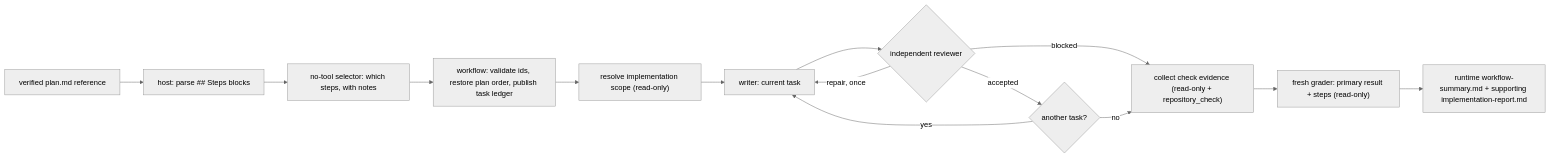
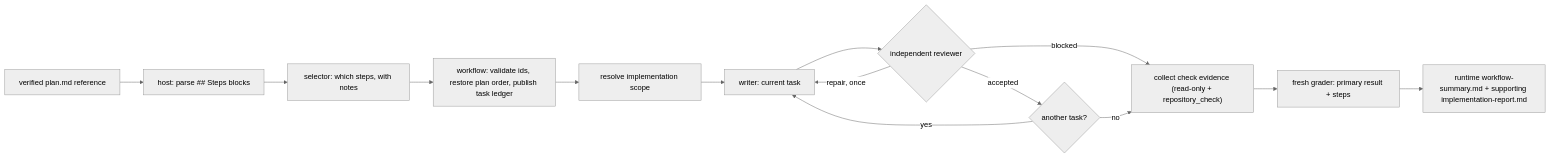
The second of 2 diagrams in extensions/workflows/examples/plan/README.md (kroffske/locus-pi), drawn with Mermaid (neutral theme) before and after one commit. The commit also changed other lines of this file and 35 other files, not shown here.

````diff
--- a/extensions/workflows/examples/plan/README.md
+++ b/extensions/workflows/examples/plan/README.md
@@ -165,16 +165,16 @@
 ```mermaid
 flowchart LR
     P["verified plan.md reference"] --> S["host: parse ## Steps blocks"]
-    S --> L["no-tool selector: which steps, with notes"]
+    S --> L["selector: which steps, with notes"]
     L --> V["workflow: validate ids, restore plan order, publish task ledger"]
-    V --> R["resolve implementation scope (read-only)"]
+    V --> R["resolve implementation scope"]
     R --> W["writer: current task"]
     W --> K{"independent reviewer"}
     K -->|"repair, once"| W
     K -->|"accepted"| N{"another task?"}
     K -->|"blocked"| E
     N -->|"yes"| W
     N -->|"no"| E["collect check evidence (read-only + repository_check)"]
-    E --> Q["fresh grader: primary result + steps (read-only)"]
+    E --> Q["fresh grader: primary result + steps"]
     Q --> O["runtime workflow-summary.md + supporting implementation-report.md"]
 ```
````
